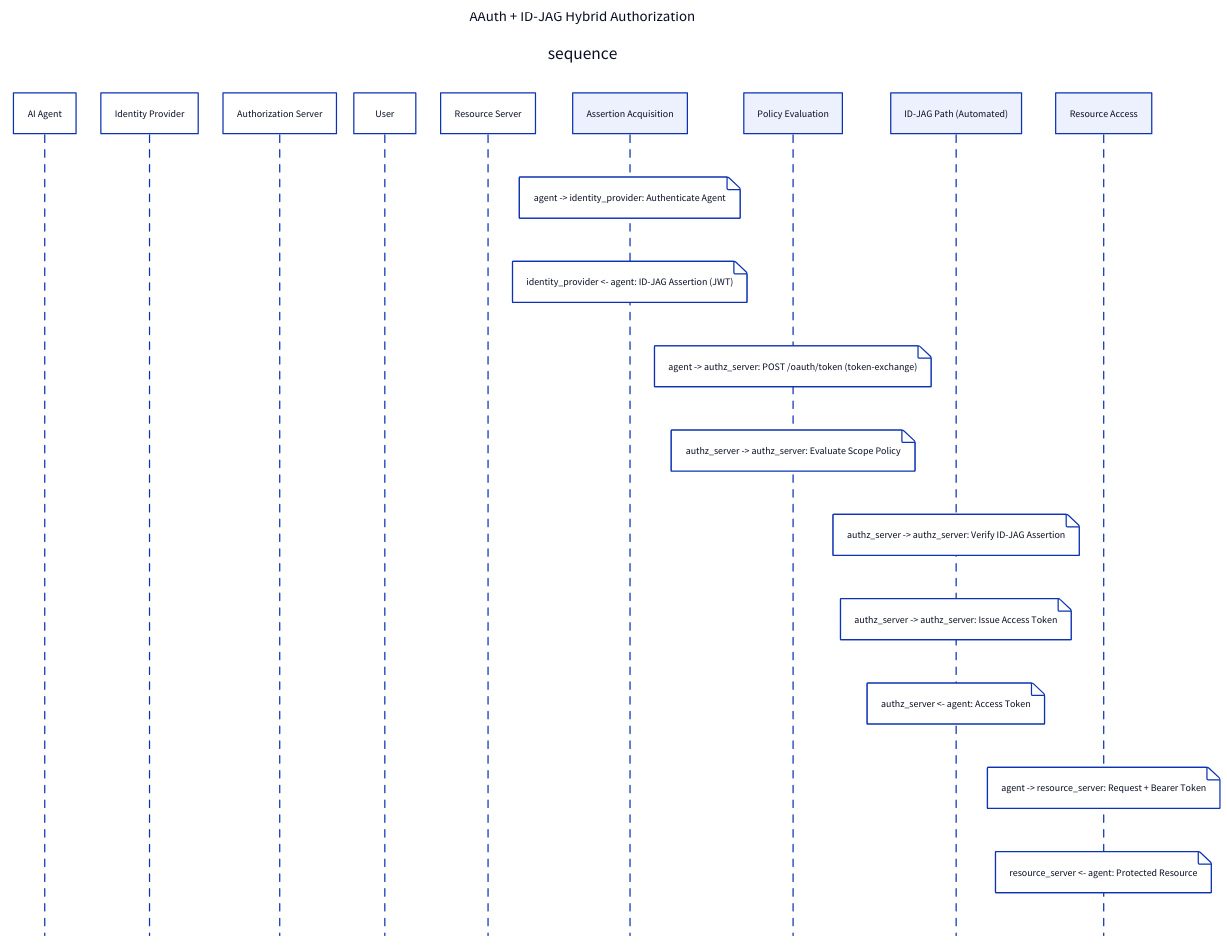
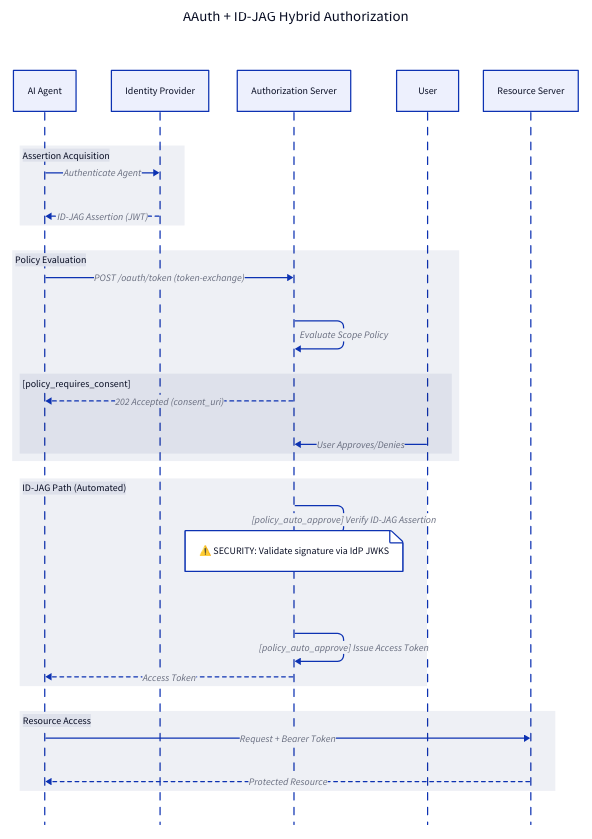
Before and after one commit to aistandardsio/agent-protocols: the diagram in docs/aauth/pidl/aauth_idjag_hybrid.d2, drawn with D2. The commit also changed 2 other files, not shown here.

Commit message:
docs(aauth): regenerate the PIDL D2 diagrams with current pidl
pidl now writes sequence messages as D2 edges and responses in the
direction they travel, with notes on the actor and quoted labels.

```diff
--- a/docs/aauth/pidl/aauth_idjag_hybrid.d2
+++ b/docs/aauth/pidl/aauth_idjag_hybrid.d2
@@ -1,36 +1,49 @@
-title: AAuth + ID-JAG Hybrid Authorization {
+title: "AAuth + ID-JAG Hybrid Authorization" {
   shape: text
   near: top-center
   style.font-size: 24
 }
 
-sequence: {
+sequence: "" {
   shape: sequence_diagram
 
-  agent: AI Agent
-  identity_provider: Identity Provider
-  authz_server: Authorization Server
-  user: User
-  resource_server: Resource Server
+  agent: "AI Agent"
+  identity_provider: "Identity Provider"
+  authz_server: "Authorization Server"
+  user: "User"
+  resource_server: "Resource Server"
 
-  assertion_acquisition: Assertion Acquisition {
-    seq1: agent -> identity_provider: Authenticate Agent
-    seq2: identity_provider <- agent: ID-JAG Assertion (JWT)
+  assertion_acquisition: "Assertion Acquisition" {
+    agent -> identity_provider: "Authenticate Agent"
+    identity_provider -> agent: "ID-JAG Assertion (JWT)" {
+      style.stroke-dash: 3
+    }
   }
 
-  policy_evaluation: Policy Evaluation {
-    seq3: agent -> authz_server: POST /oauth/token (token-exchange)
-    seq4: authz_server -> authz_server: Evaluate Scope Policy
+  policy_evaluation: "Policy Evaluation" {
+    agent -> authz_server: "POST /oauth/token (token-exchange)"
+    authz_server -> authz_server: "Evaluate Scope Policy"
+    alt5: "[policy_requires_consent]" {
+      authz_server -> agent: "202 Accepted (consent_uri)" {
+        style.stroke-dash: 3
+      }
+      user -> authz_server: "User Approves/Denies"
+    }
   }
 
-  idjag_path: ID-JAG Path (Automated) {
-    seq5: authz_server -> authz_server: Verify ID-JAG Assertion
-    seq6: authz_server -> authz_server: Issue Access Token
-    seq7: authz_server <- agent: Access Token
+  idjag_path: "ID-JAG Path (Automated)" {
+    authz_server -> authz_server: "[policy_auto_approve] Verify ID-JAG Assertion"
+    authz_server."⚠️ SECURITY: Validate signature via IdP JWKS"
+    authz_server -> authz_server: "[policy_auto_approve] Issue Access Token"
+    authz_server -> agent: "Access Token" {
+      style.stroke-dash: 3
+    }
   }
 
-  resource_access: Resource Access {
-    seq8: agent -> resource_server: Request + Bearer Token
-    seq9: resource_server <- agent: Protected Resource
+  resource_access: "Resource Access" {
+    agent -> resource_server: "Request + Bearer Token"
+    resource_server -> agent: "Protected Resource" {
+      style.stroke-dash: 3
+    }
   }
 }
```
